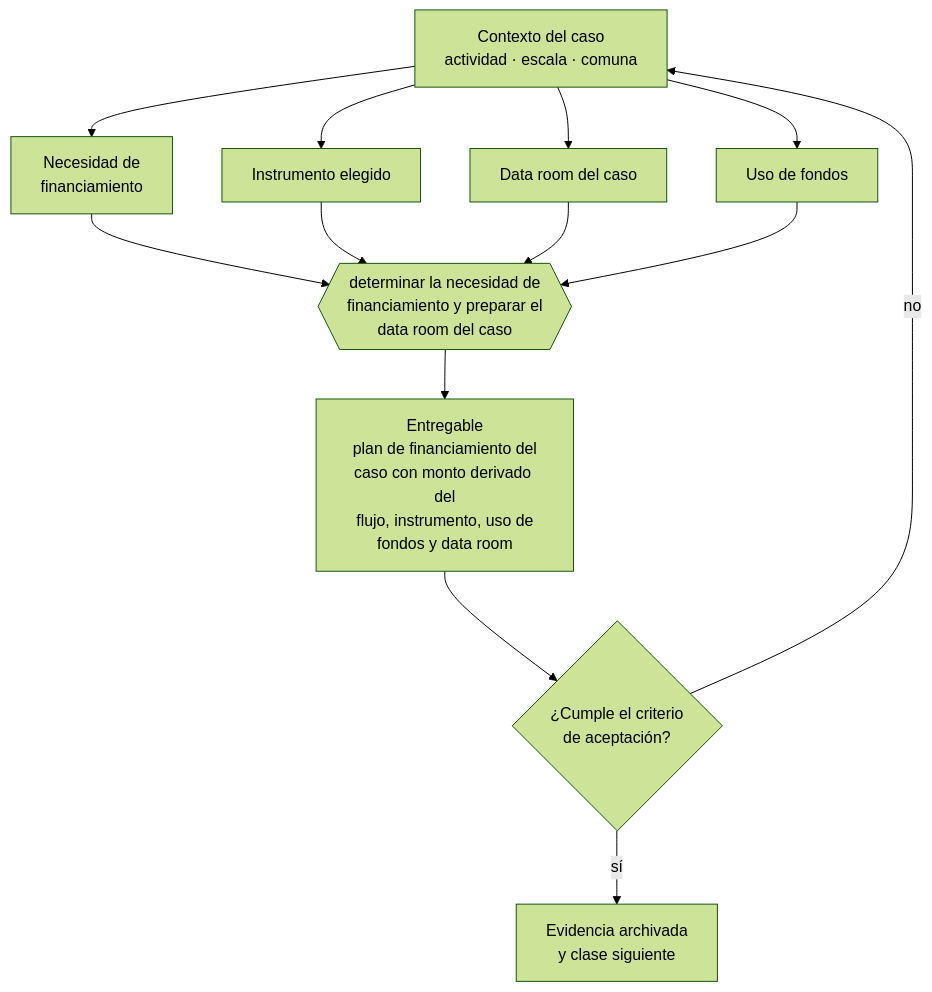
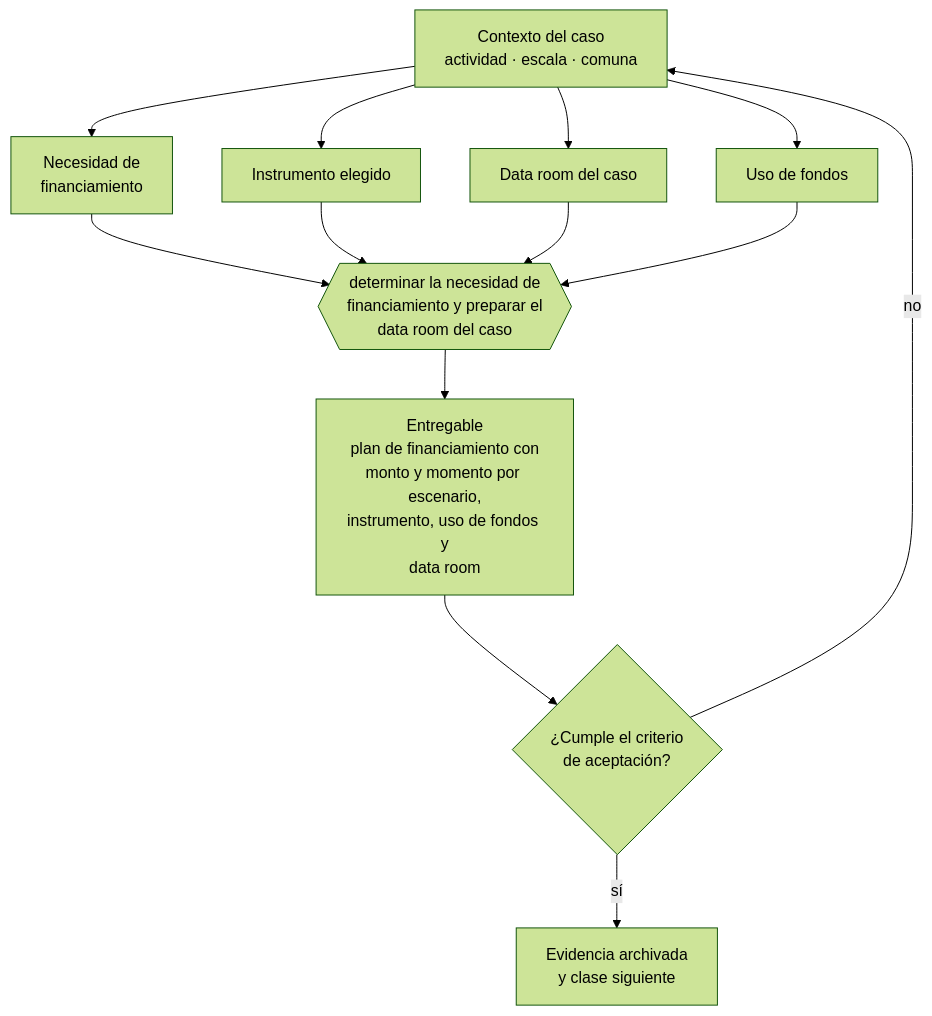
The diagram in curriculum/part-24-capstone-construir-una-empresa-de-comienzo-a-fin/class-12-preparar-financiacion-y-data-room/README.md (vladimiracunadev-create/modern-business-creation-program), drawn with Mermaid (forest theme) before and after one commit. The commit also changed other lines of this file and 48 other files, not shown here.

````diff
--- a/curriculum/part-24-capstone-construir-una-empresa-de-comienzo-a-fin/class-12-preparar-financiacion-y-data-room/README.md
+++ b/curriculum/part-24-capstone-construir-una-empresa-de-comienzo-a-fin/class-12-preparar-financiacion-y-data-room/README.md
@@ -34,13 +34,13 @@
 ```mermaid
 flowchart TB
     C["Contexto del caso<br/>actividad · escala · comuna"]
     C --> A1["Necesidad de<br/>financiamiento"]
     C --> A2["Instrumento elegido"]
     C --> A3["Data room del caso"]
     C --> A4["Uso de fondos"]
     A1 & A2 & A3 & A4 --> D{{"determinar la necesidad de<br/>financiamiento y preparar el<br/>data room del caso"}}
-    D --> E["Entregable<br/>plan de financiamiento del<br/>caso con monto derivado del<br/>flujo, instrumento, uso de<br/>fondos y data room"]
+    D --> E["Entregable<br/>plan de financiamiento con<br/>monto y momento por escenario,<br/>instrumento, uso de fondos y<br/>data room"]
     E --> V{"¿Cumple el criterio<br/>de aceptación?"}
     V -->|sí| S["Evidencia archivada<br/>y clase siguiente"]
     V -->|no| C
 ```
````
